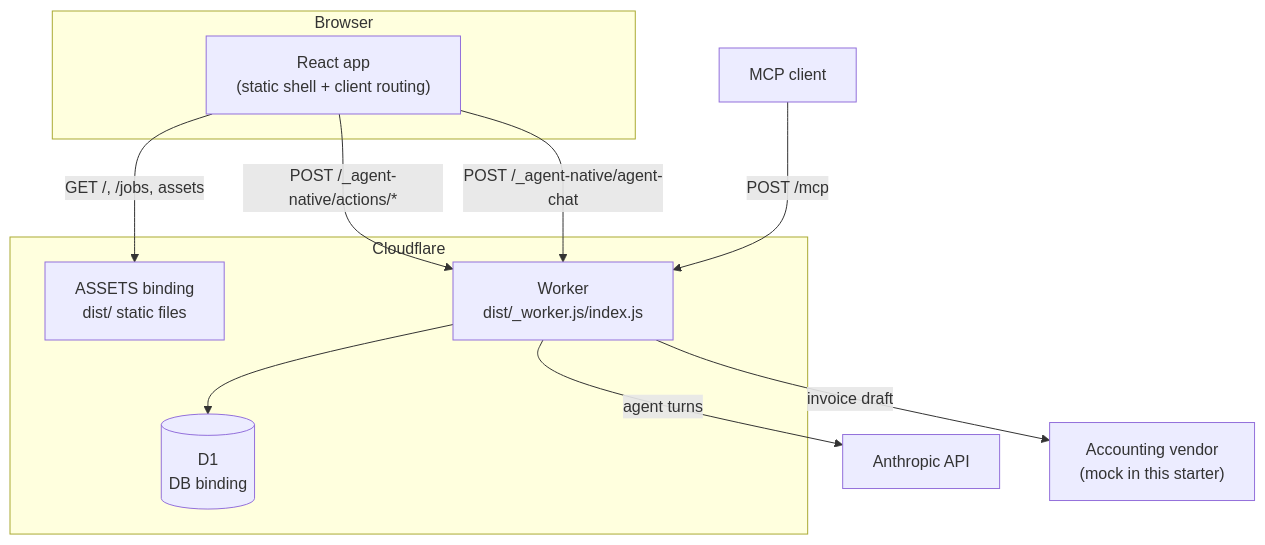
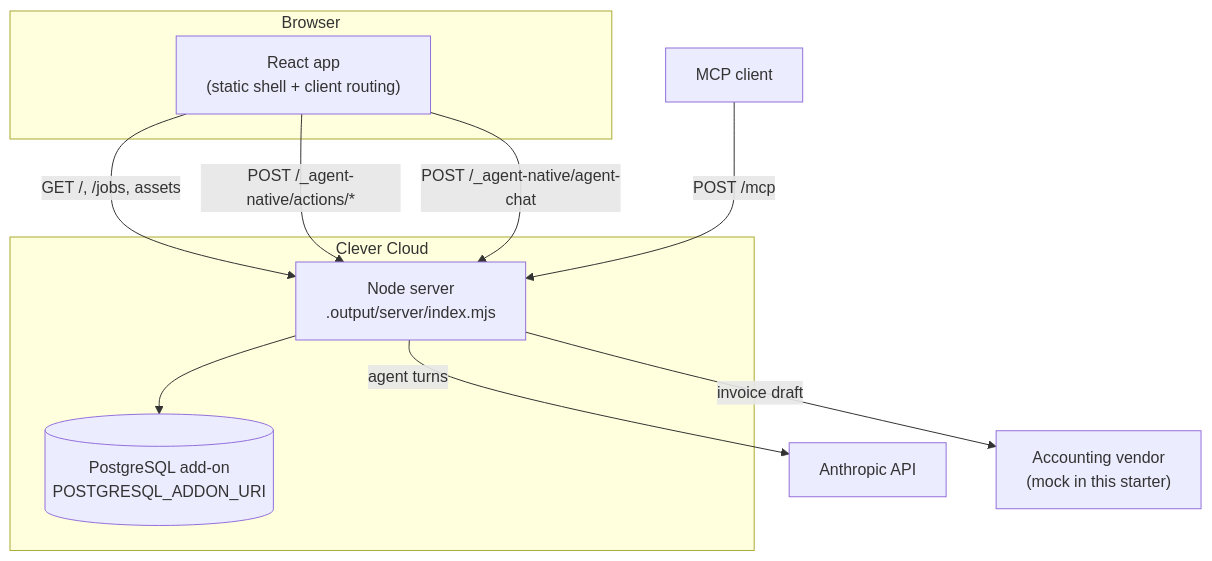
One commit to anbergem/agent-native-clever-cloud-starter changed the first of 14 diagrams in ARCHITECTURE.md. Above: the diagram before and after it, drawn with Mermaid. The commit also changed other lines of this file and 15 other files, not shown here.

````diff
--- a/ARCHITECTURE.md
+++ b/ARCHITECTURE.md
@@ -31,21 +32,20 @@
 ```mermaid
 flowchart TB
   subgraph Browser
     SHELL["React app<br/>(static shell + client routing)"]
   end
-  subgraph CF["Cloudflare"]
-    ASSETS["ASSETS binding<br/>dist/ static files"]
-    W["Worker<br/>dist/_worker.js/index.js"]
-    D1[("D1<br/>DB binding")]
+  subgraph CC["Clever Cloud"]
+    W["Node server<br/>.output/server/index.mjs"]
+    DB[("PostgreSQL add-on<br/>POSTGRESQL_ADDON_URI")]
   end
   ANTHROPIC["Anthropic API"]
   VENDOR["Accounting vendor<br/>(mock in this starter)"]
 
-  SHELL -->|"GET /, /jobs, assets"| ASSETS
+  SHELL -->|"GET /, /jobs, assets"| W
   SHELL -->|"POST /_agent-native/actions/*"| W
   SHELL -->|"POST /_agent-native/agent-chat"| W
   MCPC["MCP client"] -->|"POST /mcp"| W
-  W --> D1
+  W --> DB
   W -->|"agent turns"| ANTHROPIC
   W -->|"invoice draft"| VENDOR
 ```
````
